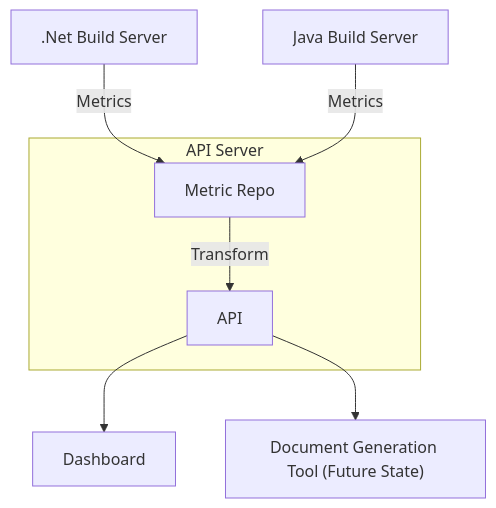
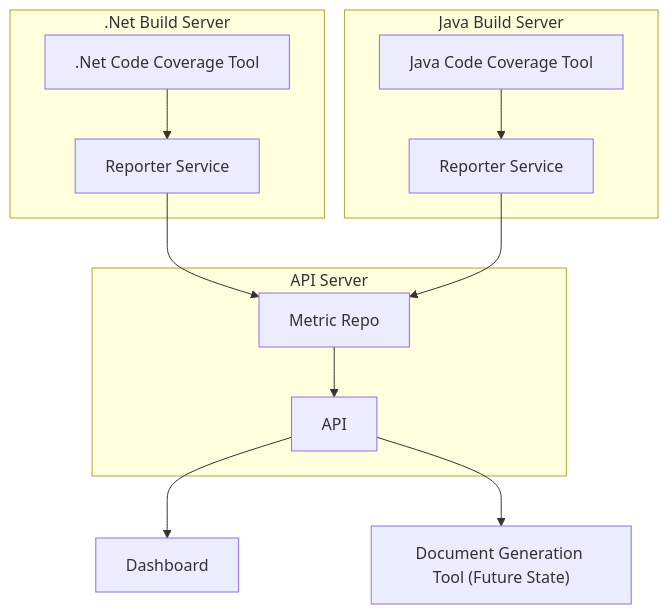
The diagram in diagram/CC-diagram.mmd (esdc-devx/CodeCoverage_Mock), drawn with Mermaid before and after one commit. The commit also changed 4 other files, not shown here.

```diff
--- a/diagram/CC-diagram.mmd
+++ b/diagram/CC-diagram.mmd
@@ -1,9 +1,15 @@
 
 graph TD
-  nb[.Net Build Server] -- Metrics --> ccr
-  jb[Java Build Server] -- Metrics --> ccr
+  subgraph .Net Build Server
+  ncc[.Net Code Coverage Tool] --> nr[Reporter Service]
+  end
+  subgraph Java Build Server
+  jcc[Java Code Coverage Tool] --> jr[Reporter Service]
+  end
+  nr --> ccr
+  jr --> ccr
   subgraph API Server
-  ccr[Metric Repo] -- Transform --> api[API]
+  ccr[Metric Repo] --> api[API]
   end
   api --> ccd[Dashboard]
   api --> doc["Document Generation Tool (Future State)"]
```
